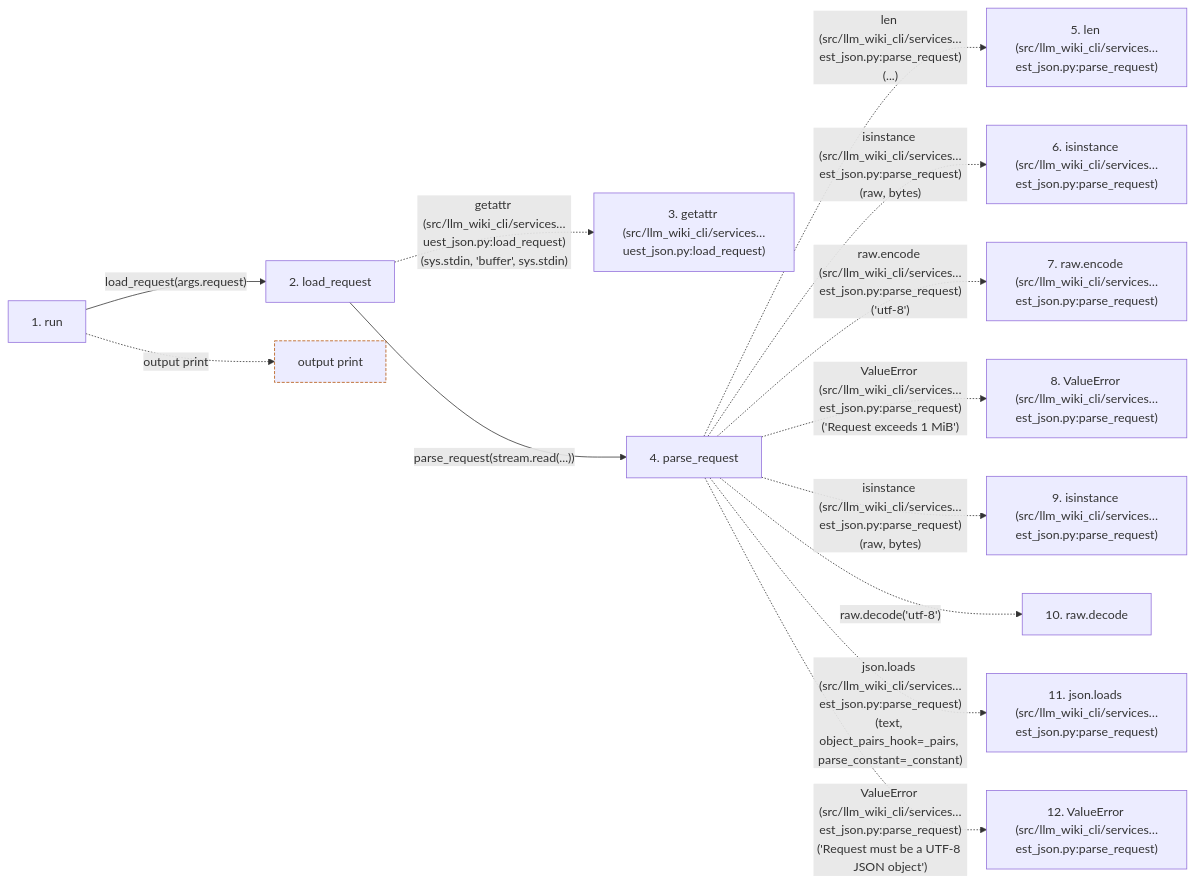
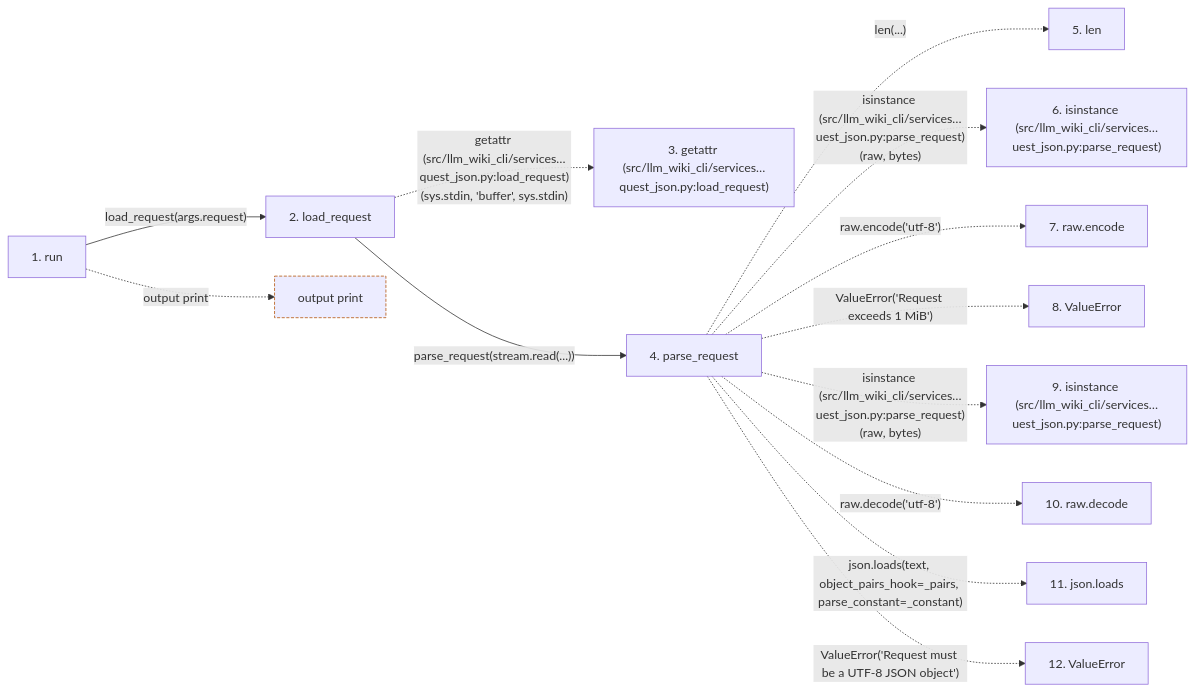
Before and after one commit to Denissvgn/python-wiki-llm: the second of 2 diagrams in docs/llm_wiki/flows/cli-query.md, drawn with Mermaid. The commit also changed other lines of this file and 1410 other files, not shown here.

````diff
--- a/docs/llm_wiki/flows/cli-query.md
+++ b/docs/llm_wiki/flows/cli-query.md
@@ -96,33 +95,33 @@
 ```mermaid
 flowchart LR
     s1["1. run"]
     s2["2. load_request"]
-    s3["3. getattr (src/llm_wiki_cli/services…uest_json.py:load_request)"]
+    s3["3. getattr (src/llm_wiki_cli/services…quest_json.py:load_request)"]
     s4["4. parse_request"]
-    s5["5. len (src/llm_wiki_cli/services…est_json.py:parse_request)"]
-    s6["6. isinstance (src/llm_wiki_cli/services…est_json.py:parse_request)"]
-    s7["7. raw.encode (src/llm_wiki_cli/services…est_json.py:parse_request)"]
-    s8["8. ValueError (src/llm_wiki_cli/services…est_json.py:parse_request)"]
-    s9["9. isinstance (src/llm_wiki_cli/services…est_json.py:parse_request)"]
+    s5["5. len"]
+    s6["6. isinstance (src/llm_wiki_cli/services…uest_json.py:parse_request)"]
+    s7["7. raw.encode"]
+    s8["8. ValueError"]
+    s9["9. isinstance (src/llm_wiki_cli/services…uest_json.py:parse_request)"]
     s10["10. raw.decode"]
-    s11["11. json.loads (src/llm_wiki_cli/services…est_json.py:parse_request)"]
-    s12["12. ValueError (src/llm_wiki_cli/services…est_json.py:parse_request)"]
+    s11["11. json.loads"]
+    s12["12. ValueError"]
     s1 -->|"load_request(args.request)"| s2
-    s2 -. "getattr (src/llm_wiki_cli/services…uest_json.py:load_request)(sys.stdin, 'buffer', sys.stdin)" .-> s3
+    s2 -. "getattr (src/llm_wiki_cli/services…quest_json.py:load_request)(sys.stdin, 'buffer', sys.stdin)" .-> s3
     s2 -->|"parse_request(stream.read(...))"| s4
-    s4 -. "len (src/llm_wiki_cli/services…est_json.py:parse_request)(...)" .-> s5
-    s4 -. "isinstance (src/llm_wiki_cli/services…est_json.py:parse_request)(raw, bytes)" .-> s6
-    s4 -. "raw.encode (src/llm_wiki_cli/services…est_json.py:parse_request)('utf-8')" .-> s7
-    s4 -. "ValueError (src/llm_wiki_cli/services…est_json.py:parse_request)('Request exceeds 1 MiB')" .-> s8
-    s4 -. "isinstance (src/llm_wiki_cli/services…est_json.py:parse_request)(raw, bytes)" .-> s9
+    s4 -. "len(...)" .-> s5
+    s4 -. "isinstance (src/llm_wiki_cli/services…uest_json.py:parse_request)(raw, bytes)" .-> s6
+    s4 -. "raw.encode('utf-8')" .-> s7
+    s4 -. "ValueError('Request exceeds 1 MiB')" .-> s8
+    s4 -. "isinstance (src/llm_wiki_cli/services…uest_json.py:parse_request)(raw, bytes)" .-> s9
     s4 -. "raw.decode('utf-8')" .-> s10
-    s4 -. "json.loads (src/llm_wiki_cli/services…est_json.py:parse_request)(text, object_pairs_hook=_pairs, parse_constant=_constant)" .-> s11
-    s4 -. "ValueError (src/llm_wiki_cli/services…est_json.py:parse_request)('Request must be a UTF-8 JSON object')" .-> s12
+    s4 -. "json.loads(text, object_pairs_hook=_pairs, parse_constant=_constant)" .-> s11
+    s4 -. "ValueError('Request must be a UTF-8 JSON object')" .-> s12
     b0["output print"]
     s1 -. "output print" .-> b0
     click s1 "../modules/query_cmd.md"
     click s2 "../modules/request_json.md"
     click s4 "../modules/request_json.md"
     classDef boundary stroke:#b45309,stroke-dasharray: 4 2
     class b0 boundary
 ```
````
